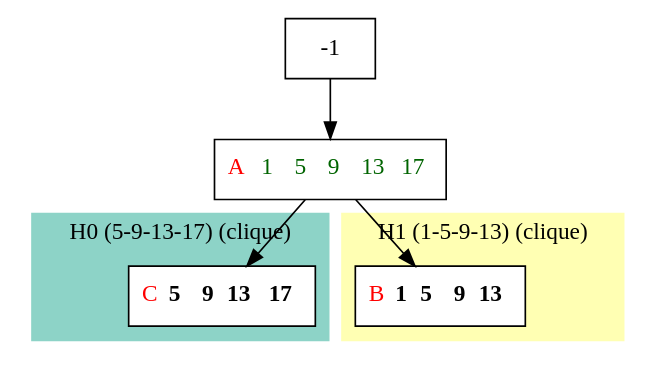
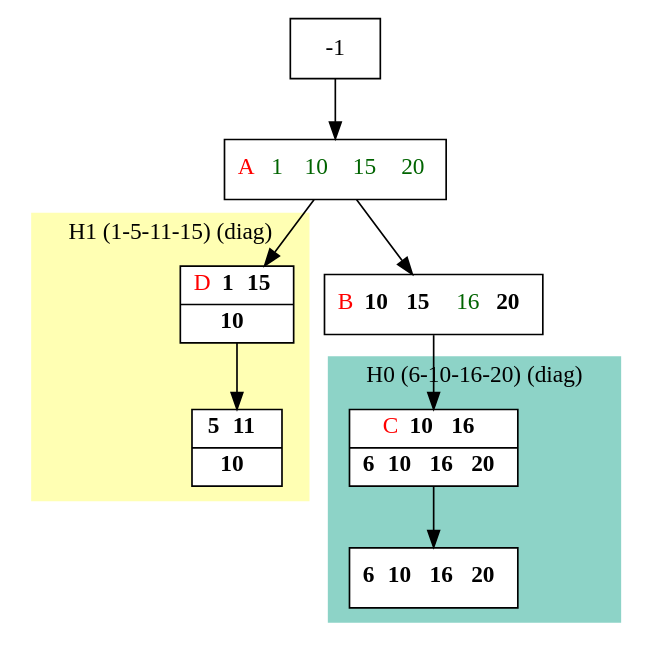
Before and after one commit to bmarchand/auto-dp: the diagram in results/compact_dot_files/compact_H.dot, drawn with Graphviz. The commit also changed 84 other files, not shown here.

```diff
--- a/results/compact_dot_files/compact_H.dot
+++ b/results/compact_dot_files/compact_H.dot
@@ -1,25 +1,29 @@
 digraph G {
     node [shape=box];
     subgraph cluster0 {
         node [style=filled,fillcolor=white];
         labeljust="l";
         style=filled;
         color="#8DD3C7";
-        H0_0;
-        label="H0 (5-9-13-17) (clique)";
+        H0_0 -> H0_5;
+        label="H0 (6-10-16-20) (diag)";
     }
     subgraph cluster1 {
         node [style=filled,fillcolor=white];
         labeljust="l";
         style=filled;
         color="#FFFFB3";
-        H1_0;
-        label="H1 (1-5-9-13) (clique)";
+        H1_0 -> H1_7;
+        label="H1 (1-5-11-15) (diag)";
     }
-     1 [shape=record,label= <{  <FONT COLOR="RED">A</FONT>  <FONT COLOR="DARKGREEN">1</FONT>  <FONT COLOR="DARKGREEN">5</FONT>  <FONT COLOR="DARKGREEN">9</FONT>  <FONT COLOR="DARKGREEN">13</FONT> <FONT COLOR="DARKGREEN">17</FONT>}>  ];
+     1 [shape=record,label= <{  <FONT COLOR="RED">A</FONT>  <FONT COLOR="DARKGREEN">1</FONT>  <FONT COLOR="DARKGREEN">10</FONT>  <FONT COLOR="DARKGREEN">15</FONT>  <FONT COLOR="DARKGREEN">20</FONT>}> ];
      -1  ->  1;
-     H1_0 [shape=record,label= <{  <FONT COLOR="RED">B</FONT> <b>1</b> <b>5</b>  <b>9</b> <b>13</b>}> ];
+     10 [shape=record,label= <{  <FONT COLOR="RED">B</FONT> <b>10</b> <b>15</b>  <FONT COLOR="DARKGREEN">16</FONT> <b>20</b>}> ];
+     1  ->  10;
+     H0_0 [shape=record,label= <{  <FONT COLOR="RED">C</FONT> <b>10</b> <b>16</b>|  <b>6</b> <b>10</b> <b>16</b> <b>20</b>}> ];
+     10  ->  H0_0;
+     H0_5 [shape=record,label= <{ <b>6</b> <b>10</b> <b>16</b> <b>20</b>}> ];
+     H1_0 [shape=record,label= <{  <FONT COLOR="RED">D</FONT> <b>1</b> <b>15</b>|  <b>10</b>}> ];
      1  ->  H1_0;
-     H0_0 [shape=record,label= <{  <FONT COLOR="RED">C</FONT> <b>5</b>  <b>9</b> <b>13</b> <b>17</b>}> ];
-     1  ->  H0_0;
+     H1_7 [shape=record,label= <{ <b>5</b> <b>11</b>|  <b>10</b>}> ];
 }
```
